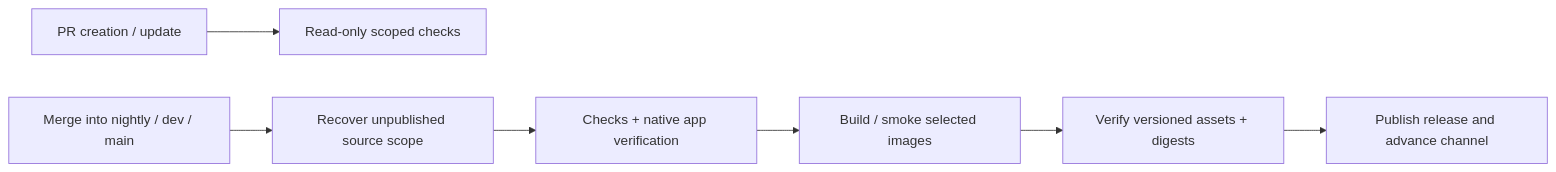
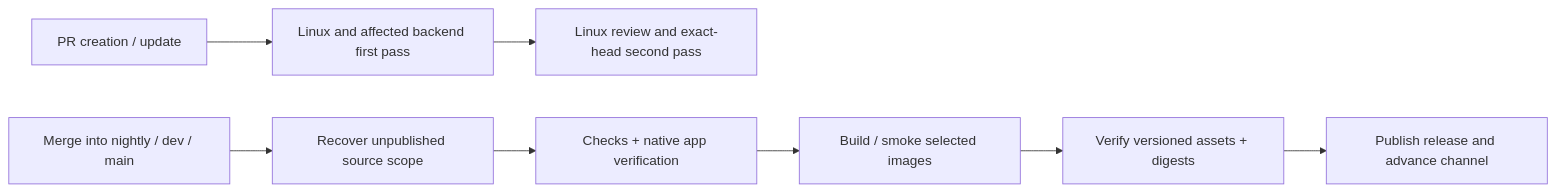
Before and after one commit to xxxcess/argos-osint: the diagram in docs/wiki/code/versioning.md, drawn with Mermaid. The commit also changed other lines of this file and 29 other files, not shown here.

Commit message:
docs(ci): document Linux-first review and backend types

````diff
--- a/docs/wiki/code/versioning.md
+++ b/docs/wiki/code/versioning.md
@@ -158,9 +158,10 @@
 ```mermaid
 flowchart LR
-  A[PR creation / update] --> B[Read-only scoped checks]
+  A[PR creation / update] --> B[Linux and affected backend first pass]
+  B --> I[Linux review and exact-head second pass]
   C[Merge into nightly / dev / main] --> D[Recover unpublished source scope]
   D --> E[Checks + native app verification]
   E --> F[Build / smoke selected images]
   F --> G[Verify versioned assets + digests]
   G --> H[Publish release and advance channel]
 ```
````
